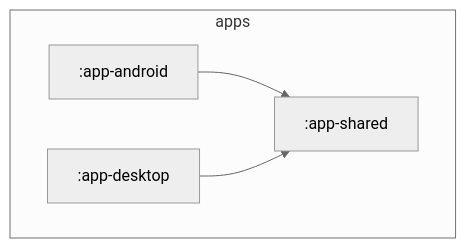
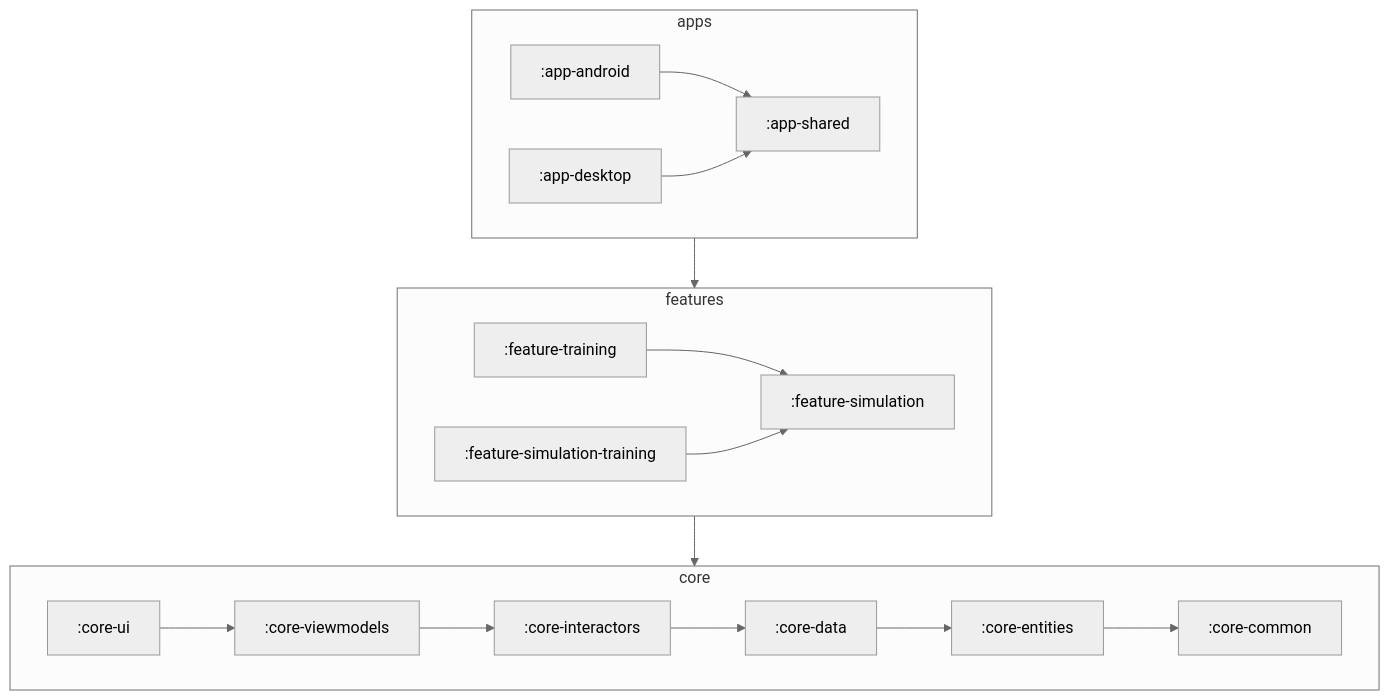
The second of 2 diagrams in README.md (Pointyware/Ember), drawn with Mermaid (neutral theme) before and after one commit.

Commit message:
Expand modularization diagram

````diff
--- a/README.md
+++ b/README.md
@@ -137,9 +137,20 @@
 ```mermaid
 
 graph
     subgraph apps
     :app-android --> :app-shared
     :app-desktop --> :app-shared
     end
+    apps --> features
 
+    subgraph features
+    :feature-training --> :feature-simulation
+    :feature-simulation-training --> :feature-simulation
+    :feature-training
+    end
+    features --> core
+
+    subgraph core
+    :core-ui --> :core-viewmodels --> :core-interactors --> :core-data --> :core-entities --> :core-common
+    end
 ```
````
